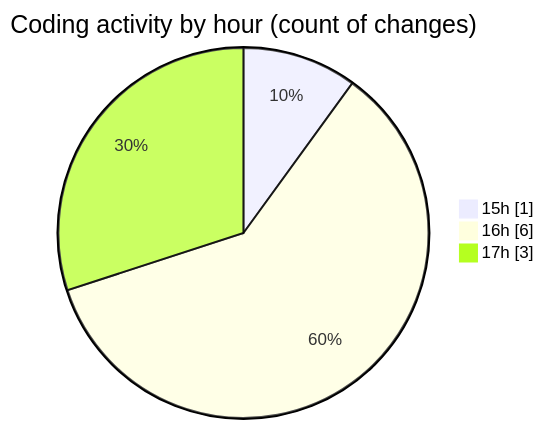
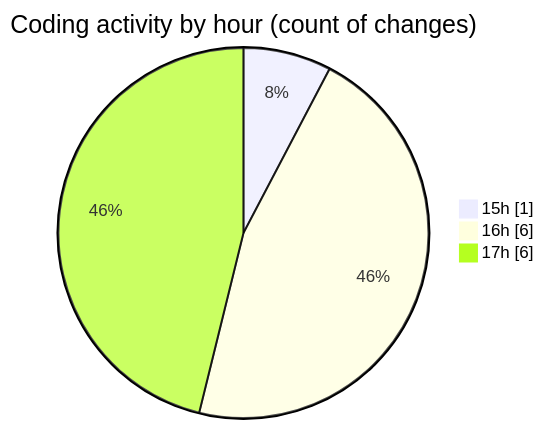
The second of 2 diagrams in 2025-09-29/untitled__workspace_/README.md (debugP/code-tracking), drawn with Mermaid before and after one commit. The commit also changed other lines of this file and 1 other file, not shown here.

````diff
--- a/2025-09-29/untitled__workspace_/README.md
+++ b/2025-09-29/untitled__workspace_/README.md
@@ -30,7 +30,7 @@
 ```mermaid
 pie showData
 title Coding activity by hour (count of changes)
 "15h" : 1
 "16h" : 6
-"17h" : 3
+"17h" : 6
 ```
````
